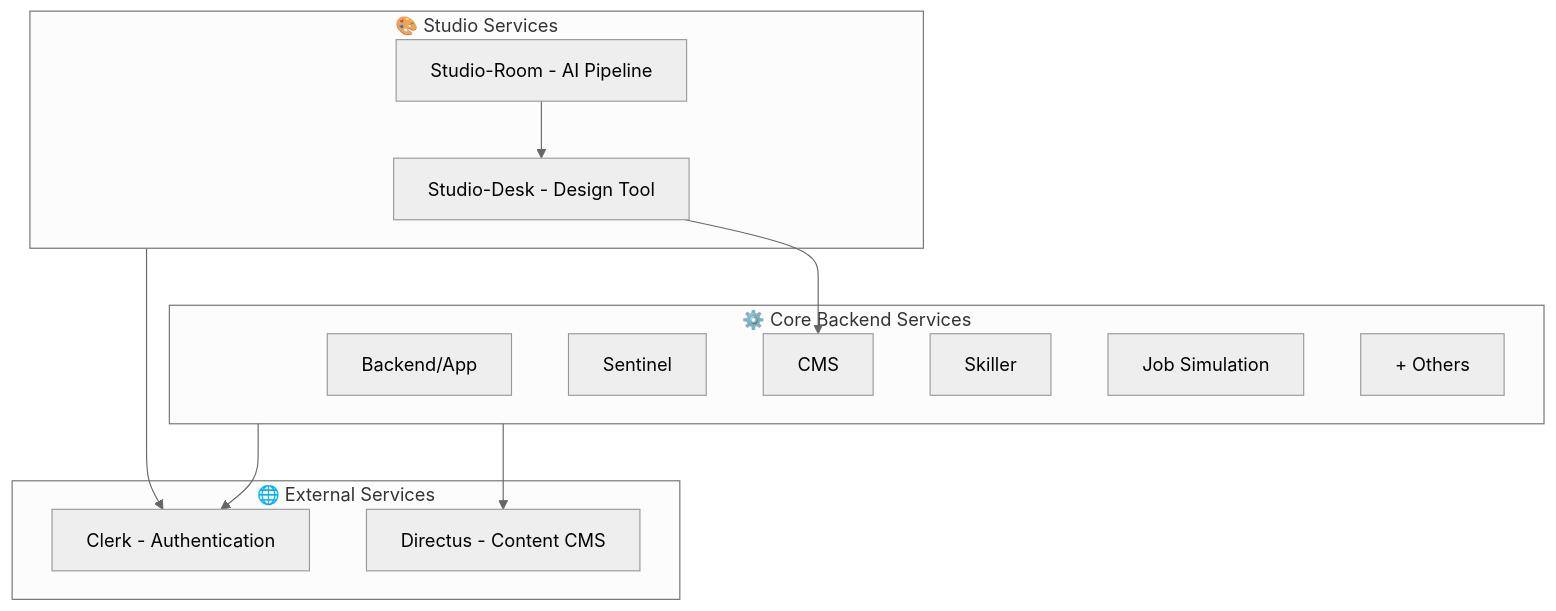
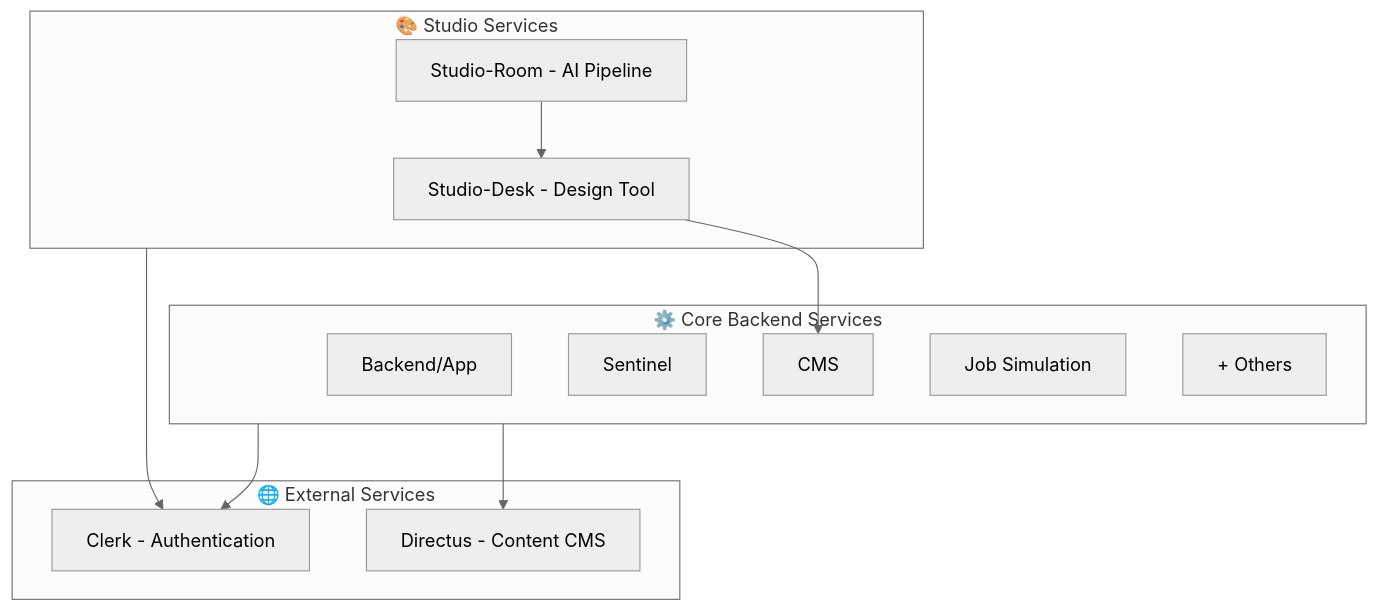
The diagram in corpus/architecture/service_taxonomy.md (anthropos-work/rosetta), drawn with Mermaid (neutral theme) before and after one commit. The commit also changed other lines of this file and 29 other files, not shown here.

````diff
--- a/corpus/architecture/service_taxonomy.md
+++ b/corpus/architecture/service_taxonomy.md
@@ -13,27 +13,26 @@
 ```mermaid
 graph TB
     subgraph External["🌐 External Services"]
         Clerk[Clerk - Authentication]
         Directus[Directus - Content CMS]
     end
     
     subgraph Studio["🎨 Studio Services"]
         Desk[Studio-Desk - Design Tool]
         Room[Studio-Room - AI Pipeline]
     end
     
     subgraph Core["⚙️ Core Backend Services"]
         Backend[Backend/App]
         Sentinel[Sentinel]
         CMS[CMS]
-        Skiller[Skiller]
         JobSim[Job Simulation]
         Others[+ Others]
     end
     
     Desk --> CMS
     Room --> Desk
     Core --> Directus
     Studio --> Clerk
     Core --> Clerk
 ```
````
